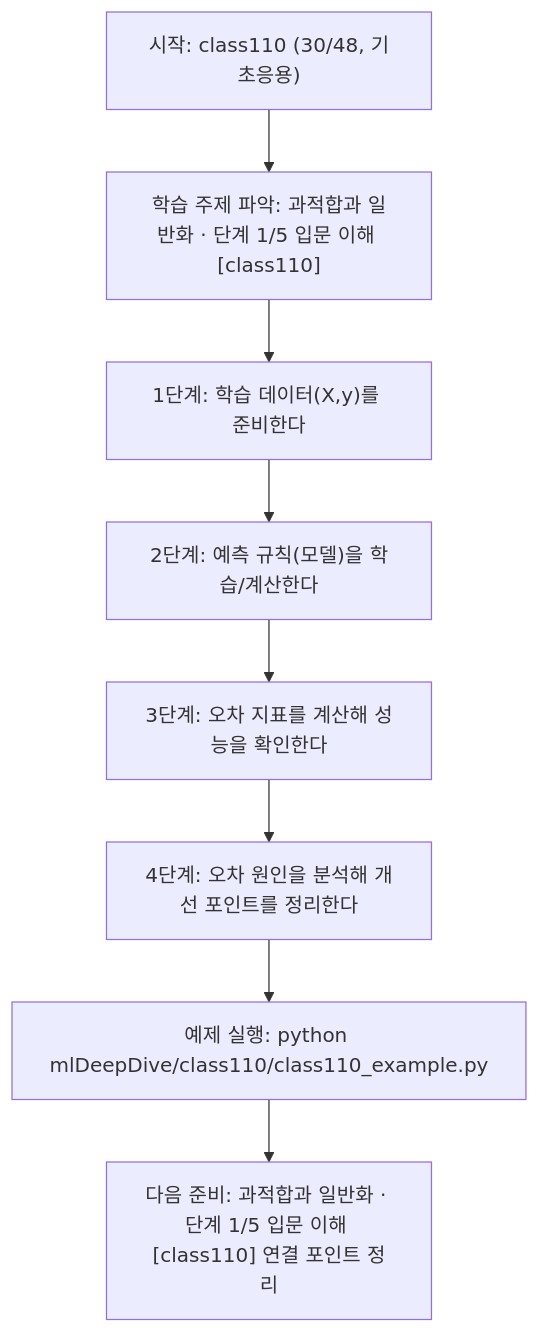
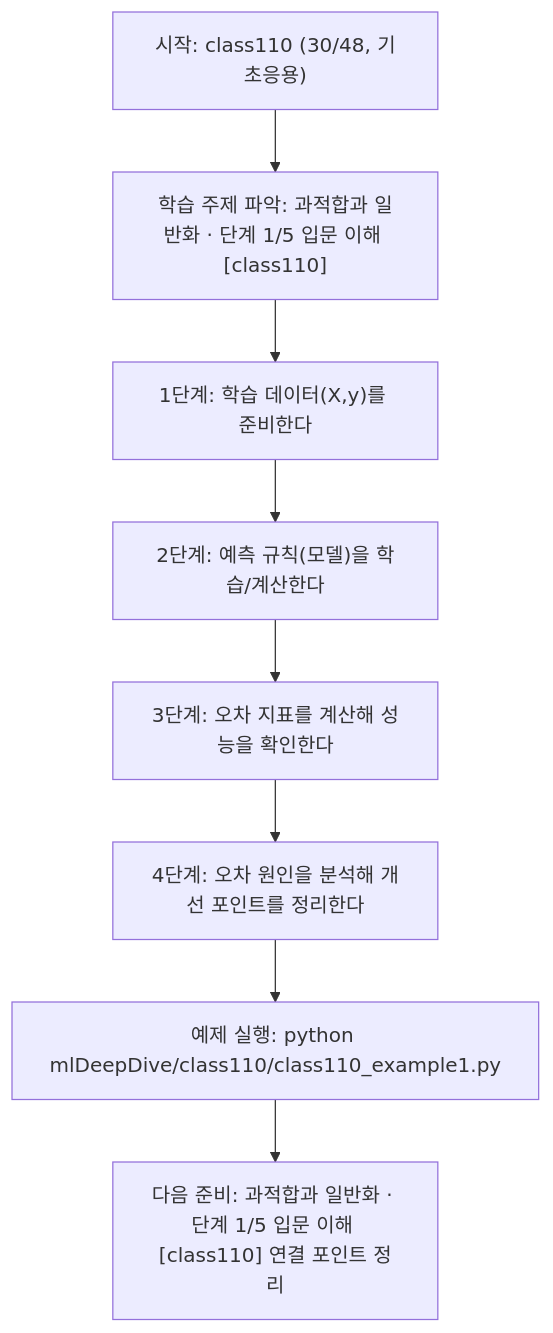
Before and after one commit to edumgt/Python-AI_Agent-Class: the diagram in mlDeepDive/class110/class110.md, drawn with Mermaid. The commit also changed other lines of this file and 2959 other files, not shown here.

````diff
--- a/mlDeepDive/class110/class110.md
+++ b/mlDeepDive/class110/class110.md
@@ -109,18 +109,18 @@
 ```mermaid
 flowchart TD
 N1["시작: class110 (30/48, 기초응용)"]
 N2["학습 주제 파악: 과적합과 일반화 · 단계 1/5 입문 이해 [class110]"]
 N3["1단계: 학습 데이터(X,y)를 준비한다"]
 N4["2단계: 예측 규칙(모델)을 학습/계산한다"]
 N5["3단계: 오차 지표를 계산해 성능을 확인한다"]
 N6["4단계: 오차 원인을 분석해 개선 포인트를 정리한다"]
-N7["예제 실행: python mlDeepDive/class110/class110_example.py"]
+N7["예제 실행: python mlDeepDive/class110/class110_example1.py"]
 N8["다음 준비: 과적합과 일반화 · 단계 1/5 입문 이해 [class110] 연결 포인트 정리"]
 N1 --> N2
 N2 --> N3
 N3 --> N4
 N4 --> N5
 N5 --> N6
 N6 --> N7
 N7 --> N8
 ```
````
